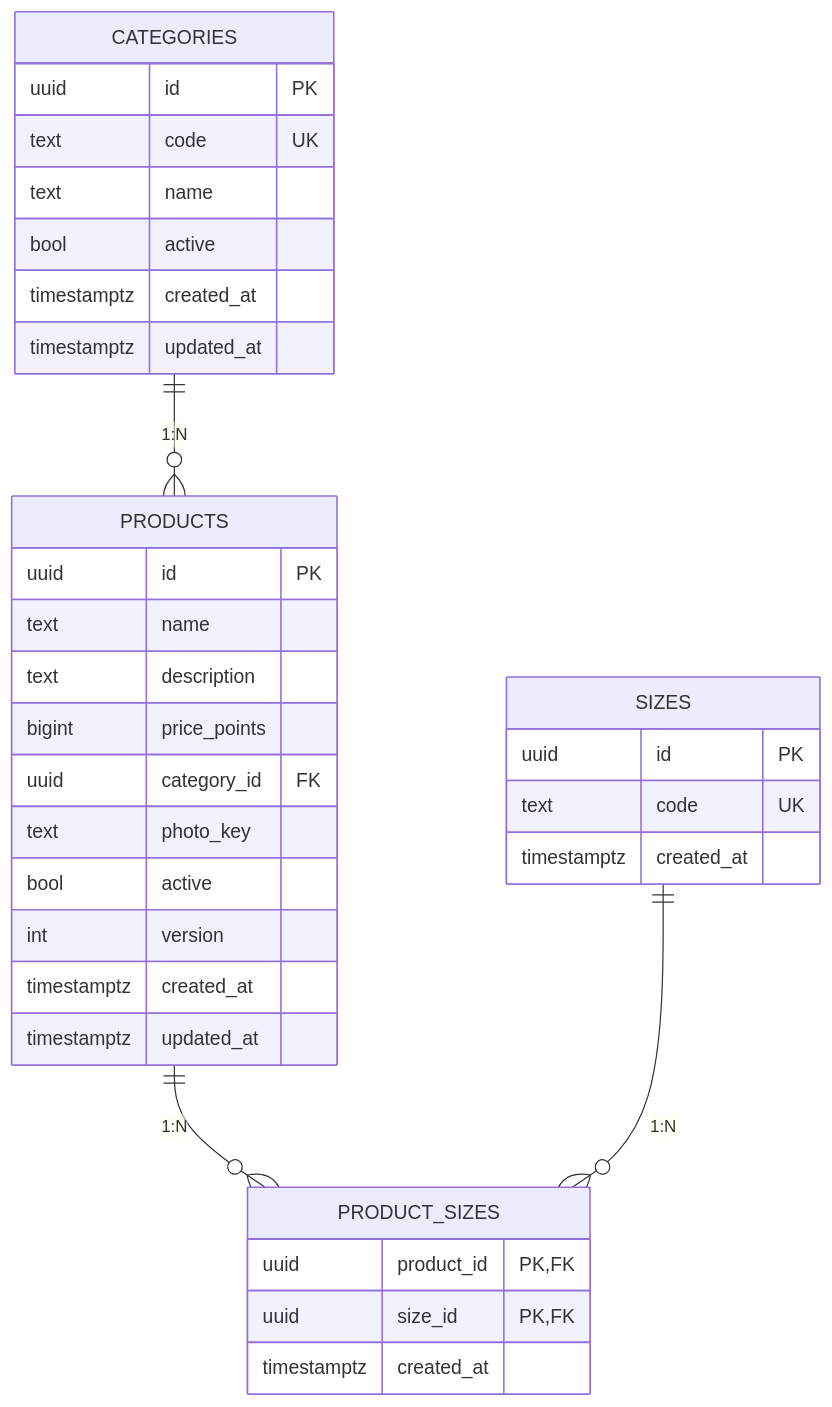
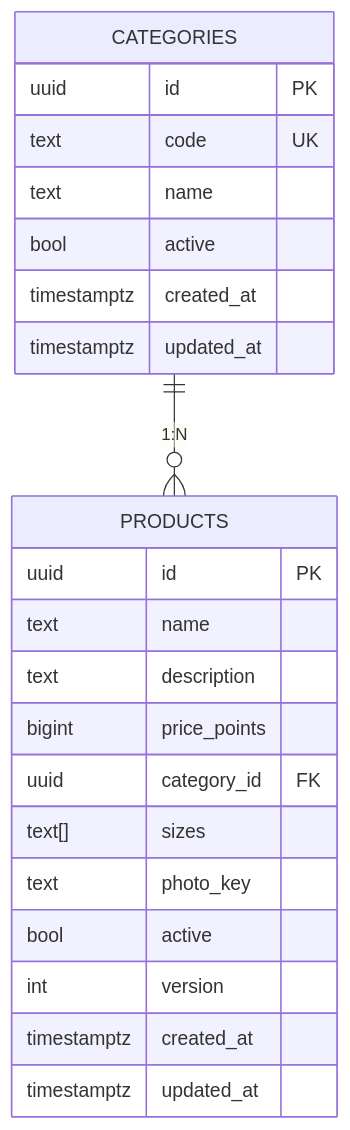
One commit to mihnpro/Merch_shop changed diagram 13 of 18 in docs/TDR-0001-MerchStore.md. Above: the diagram before and after it, drawn with Mermaid. The commit also changed other lines of this file and 2 other files, not shown here.

````diff
--- a/docs/TDR-0001-MerchStore.md
+++ b/docs/TDR-0001-MerchStore.md
@@ -864,37 +864,26 @@
 ```mermaid
 erDiagram
     CATEGORIES {
         uuid id PK
         text code UK
         text name
         bool active
         timestamptz created_at
         timestamptz updated_at
     }
-    SIZES {
-        uuid id PK
-        text code UK
-        timestamptz created_at
-    }
     PRODUCTS {
         uuid id PK
         text name
         text description
         bigint price_points
         uuid category_id FK
+        text[] sizes
         text photo_key
         bool active
         int version
         timestamptz created_at
         timestamptz updated_at
     }
-    PRODUCT_SIZES {
-        uuid product_id PK,FK
-        uuid size_id PK,FK
-        timestamptz created_at
-    }
 
-    CATEGORIES   ||--o{ PRODUCTS      : "1:N"
-    PRODUCTS     ||--o{ PRODUCT_SIZES : "1:N"
-    SIZES        ||--o{ PRODUCT_SIZES : "1:N"
+    CATEGORIES   ||--o{ PRODUCTS : "1:N"
 ```
````
